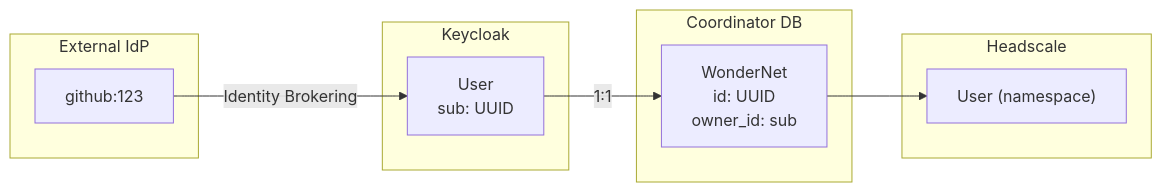
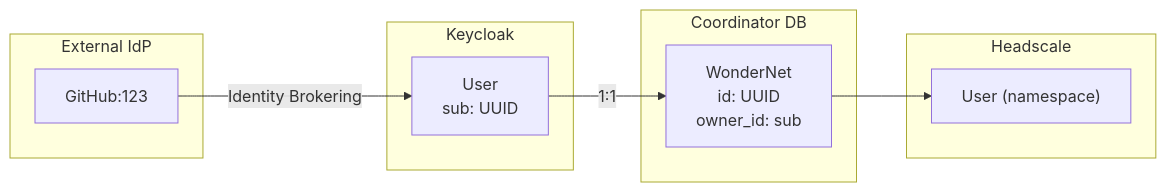
One commit to STRRL/wonder-mesh-net changed the third of 7 diagrams in docs/AUTH_DESIGN.md. Above: the diagram before and after it, drawn with Mermaid. The commit also changed other lines of this file, not shown here.

````diff
--- a/docs/AUTH_DESIGN.md
+++ b/docs/AUTH_DESIGN.md
@@ -171,22 +171,22 @@
 ```mermaid
 flowchart LR
     subgraph external["External IdP"]
-        ext_id["github:123"]
+        ext_id["GitHub:123"]
     end
 
     subgraph keycloak["Keycloak"]
         kc_user["User<br/>sub: UUID"]
     end
 
     subgraph coordinator["Coordinator DB"]
         wondernet["WonderNet<br/>id: UUID<br/>owner_id: sub"]
     end
 
     subgraph headscale["Headscale"]
         hs_user["User (namespace)"]
     end
 
     ext_id --> |"Identity Brokering"| kc_user
     kc_user --> |"1:1"| wondernet
     wondernet --> hs_user
 ```
````
